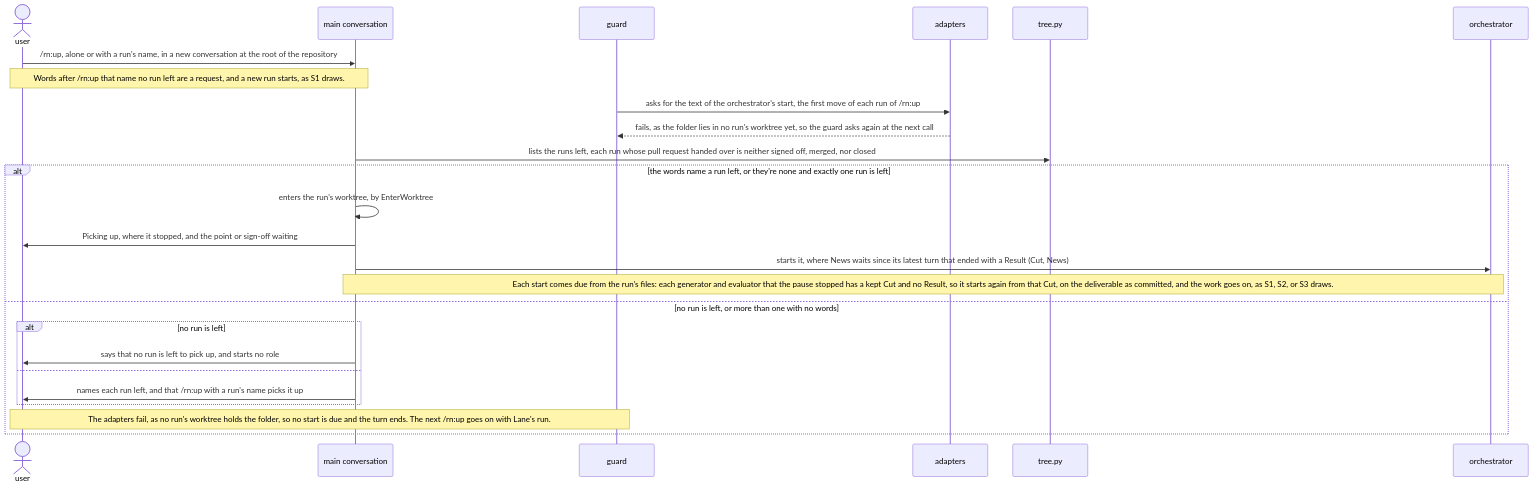
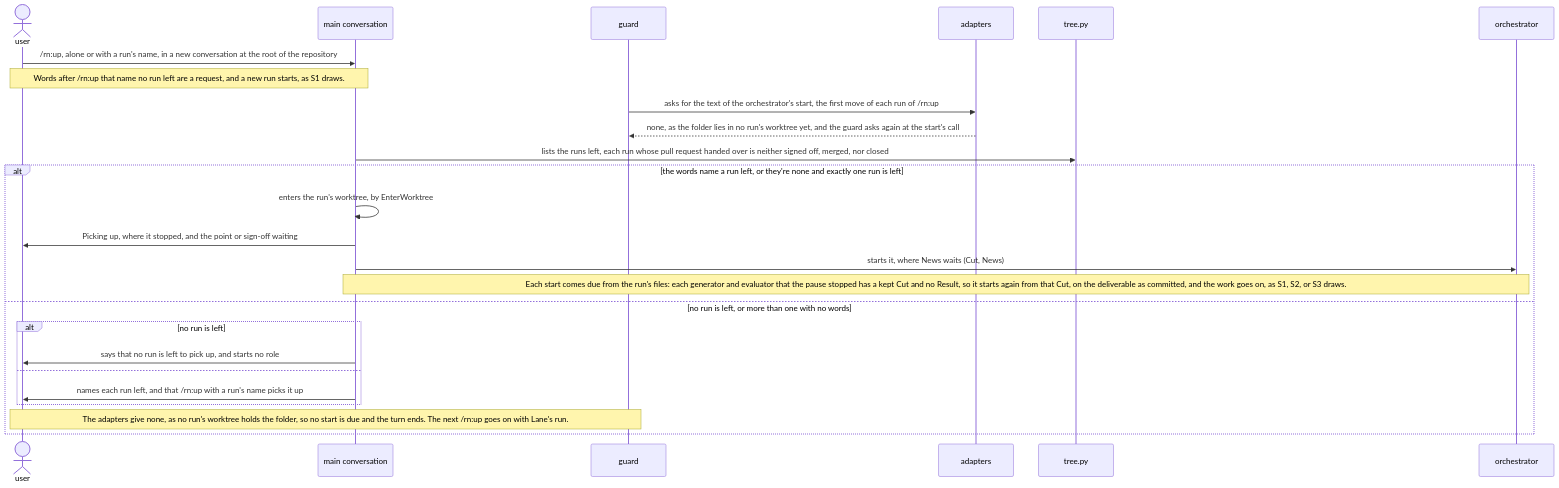
Before and after one commit to lovaizu/ccpm: the fifth of 6 diagrams in dev/rn/architecture.md, drawn with Mermaid. The commit also changed other lines of this file and 1 other file, not shown here.

First line of the commit message:
rn's architecture gives no start outside a run's worktree in place of failing, stops the roles before a pause ends Lane's run, counts News from the Cut of the orchestrator's latest turn that ended, and says that the guard holds an idle turn, as a fourth independent trace found six breaks

````diff
--- a/dev/rn/architecture.md
+++ b/dev/rn/architecture.md
@@ -388,27 +388,27 @@
 ```mermaid
 sequenceDiagram
   actor U as user
   participant M as main conversation
   participant GD as guard
   participant A as adapters
   participant T as tree.py
   participant O as orchestrator
   U->>M: /rn:up, alone or with a run's name, in a new conversation at the root of the repository
   Note over U,M: Words after /rn:up that name no run left are a request, and a new run starts, as S1 draws.
   GD->>A: asks for the text of the orchestrator's start, the first move of each run of /rn:up
-  A-->>GD: fails, as the folder lies in no run's worktree yet, so the guard asks again at the next call
+  A-->>GD: none, as the folder lies in no run's worktree yet, and the guard asks again at the start's call
   M->>T: lists the runs left, each run whose pull request handed over is neither signed off, merged, nor closed
   alt the words name a run left, or they're none and exactly one run is left
     M->>M: enters the run's worktree, by EnterWorktree
     M->>U: Picking up, where it stopped, and the point or sign-off waiting
-    M->>O: starts it, where News waits since its latest turn that ended with a Result (Cut, News)
+    M->>O: starts it, where News waits (Cut, News)
     Note over M,O: Each start comes due from the run's files: each generator and evaluator that the pause stopped has a kept Cut and no Result, so it starts again from that Cut, on the deliverable as committed, and the work goes on, as S1, S2, or S3 draws.
   else no run is left, or more than one with no words
     alt no run is left
       M->>U: says that no run is left to pick up, and starts no role
     else
       M->>U: names each run left, and that /rn:up with a run's name picks it up
     end
-    Note over U,GD: The adapters fail, as no run's worktree holds the folder, so no start is due and the turn ends. The next /rn:up goes on with Lane's run.
+    Note over U,GD: The adapters give none, as no run's worktree holds the folder, so no start is due and the turn ends. The next /rn:up goes on with Lane's run.
   end
 ```
````
